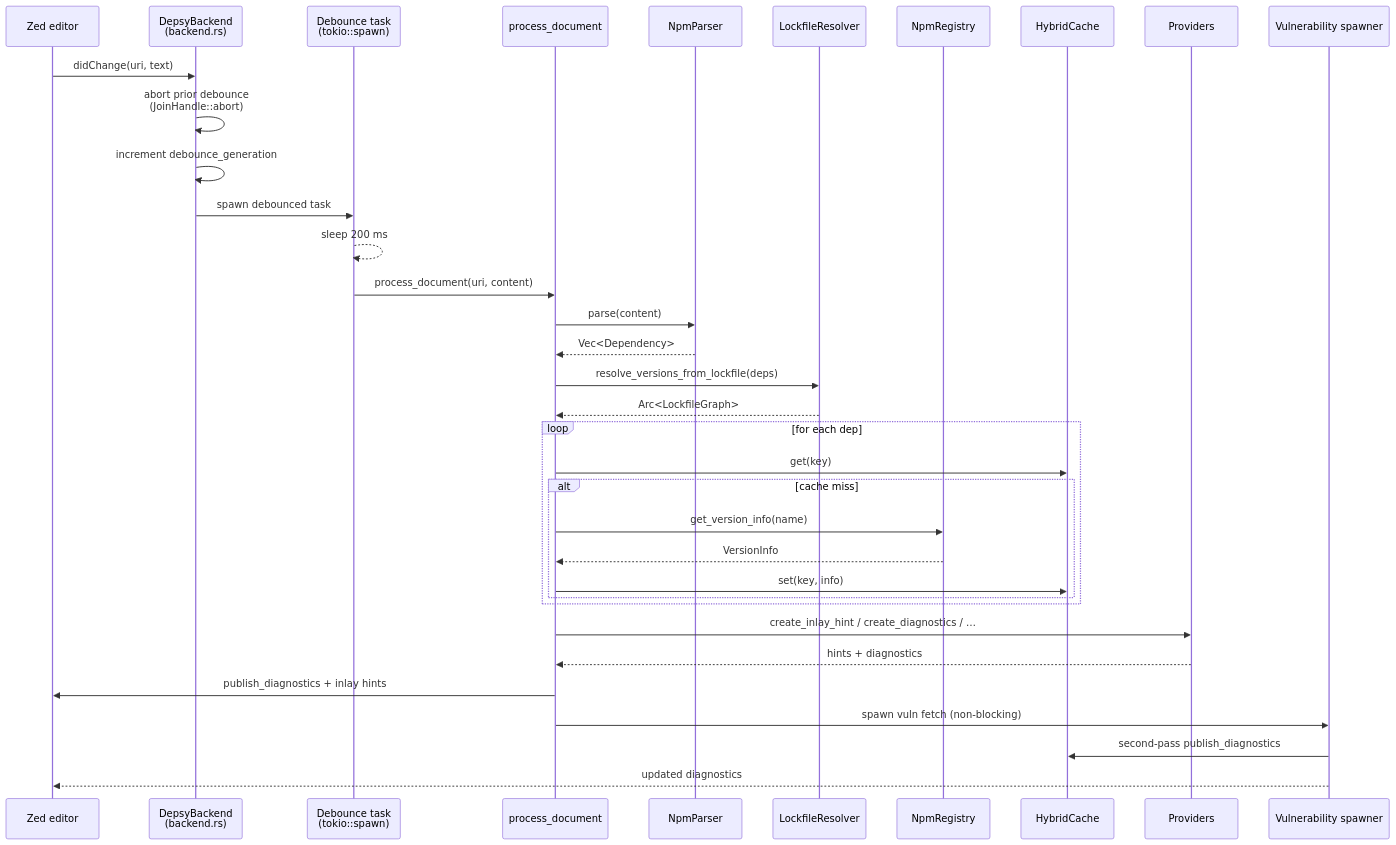
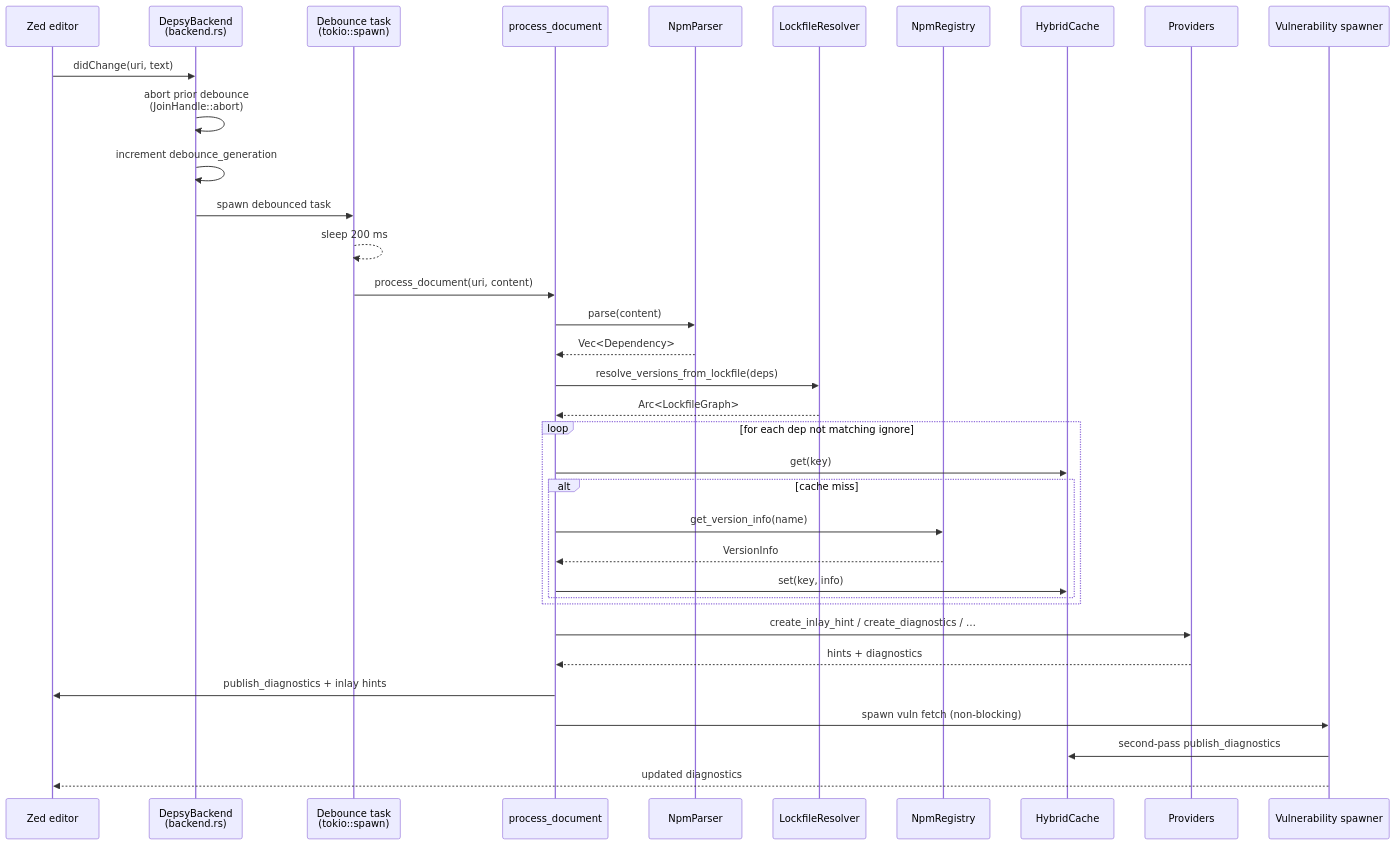
One commit to mpiton/zed-depsy changed the second of 4 diagrams in docs/architecture.md. Above: the diagram before and after it, drawn with Mermaid. The commit also changed 5 other files, not shown here.

````diff
--- a/docs/architecture.md
+++ b/docs/architecture.md
@@ -105,38 +105,38 @@
 ```mermaid
 sequenceDiagram
     participant Z as Zed editor
     participant B as DepsyBackend<br/>(backend.rs)
     participant D as Debounce task<br/>(tokio::spawn)
     participant P as process_document
     participant Pa as NpmParser
     participant L as LockfileResolver
     participant R as NpmRegistry
     participant C as HybridCache
     participant Pr as Providers
     participant V as Vulnerability spawner
 
     Z->>B: didChange(uri, text)
     B->>B: abort prior debounce<br/>(JoinHandle::abort)
     B->>B: increment debounce_generation
     B->>D: spawn debounced task
     D-->>D: sleep 200 ms
     D->>P: process_document(uri, content)
     P->>Pa: parse(content)
     Pa-->>P: Vec<Dependency>
     P->>L: resolve_versions_from_lockfile(deps)
     L-->>P: Arc<LockfileGraph>
-    loop for each dep
+    loop for each dep not matching ignore
         P->>C: get(key)
         alt cache miss
             P->>R: get_version_info(name)
             R-->>P: VersionInfo
             P->>C: set(key, info)
         end
     end
     P->>Pr: create_inlay_hint / create_diagnostics / …
     Pr-->>P: hints + diagnostics
     P->>Z: publish_diagnostics + inlay hints
     P->>V: spawn vuln fetch (non-blocking)
     V->>C: second-pass publish_diagnostics
     V-->>Z: updated diagnostics
 ```
````
